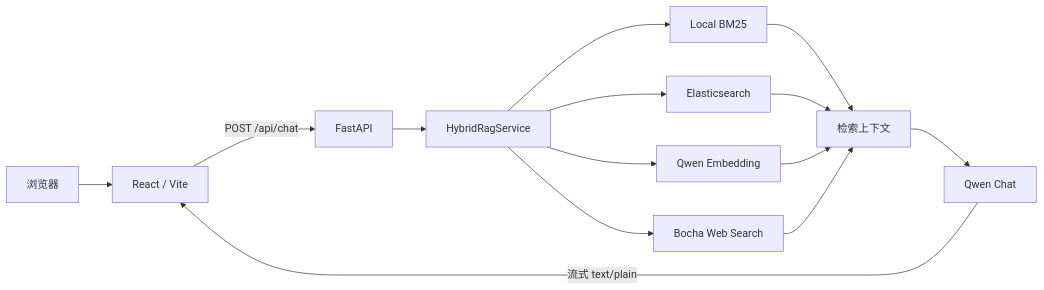
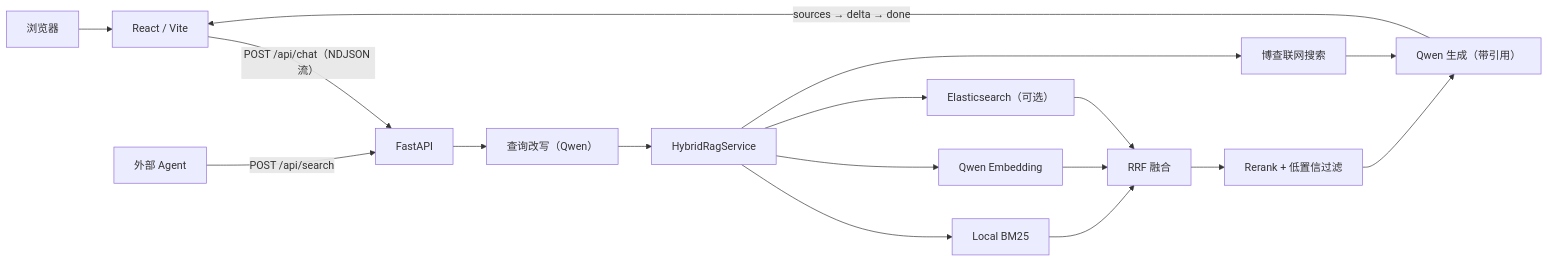
One commit to crake7even/claimwise changed the diagram in README.md. Above: the diagram before and after it, drawn with Mermaid. The commit also changed other lines of this file and 1 other file, not shown here.

````diff
--- a/README.md
+++ b/README.md
@@ -27,16 +28,19 @@
 ```mermaid
 flowchart LR
     U["浏览器"] --> F["React / Vite"]
-    F -->|"POST /api/chat"| A["FastAPI"]
-    A --> H["HybridRagService"]
+    F -->|"POST /api/chat（NDJSON 流）"| A["FastAPI"]
+    G["外部 Agent"] -->|"POST /api/search"| A
+    A --> W["查询改写（Qwen）"]
+    W --> H["HybridRagService"]
     H --> B["Local BM25"]
-    H --> E["Elasticsearch"]
     H --> Q["Qwen Embedding"]
-    H --> T["Bocha Web Search"]
-    B --> C["检索上下文"]
-    E --> C
-    Q --> C
-    T --> C
-    C --> L["Qwen Chat"]
-    L -->|"流式 text/plain"| F
+    H --> E["Elasticsearch（可选）"]
+    B --> R["RRF 融合"]
+    Q --> R
+    E --> R
+    R --> K["Rerank + 低置信过滤"]
+    H --> T["博查联网搜索"]
+    K --> L["Qwen 生成（带引用）"]
+    T --> L
+    L -->|"sources → delta → done"| F
 ```
````
